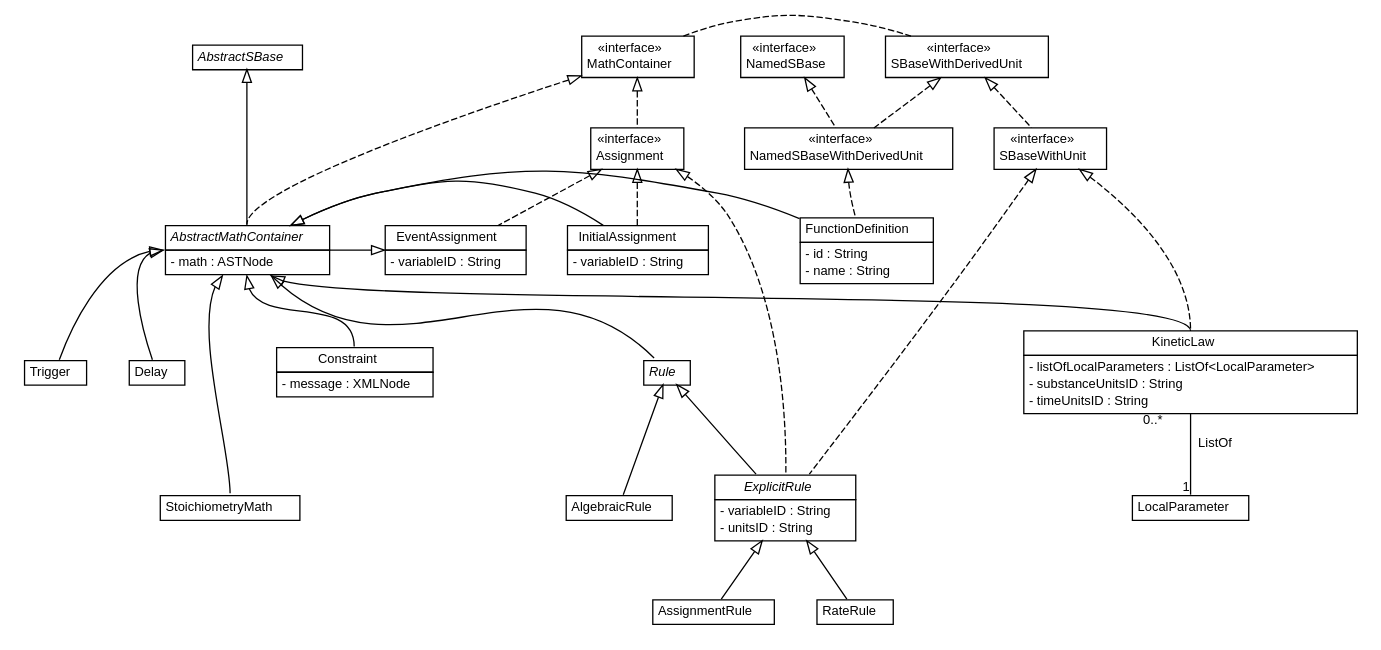
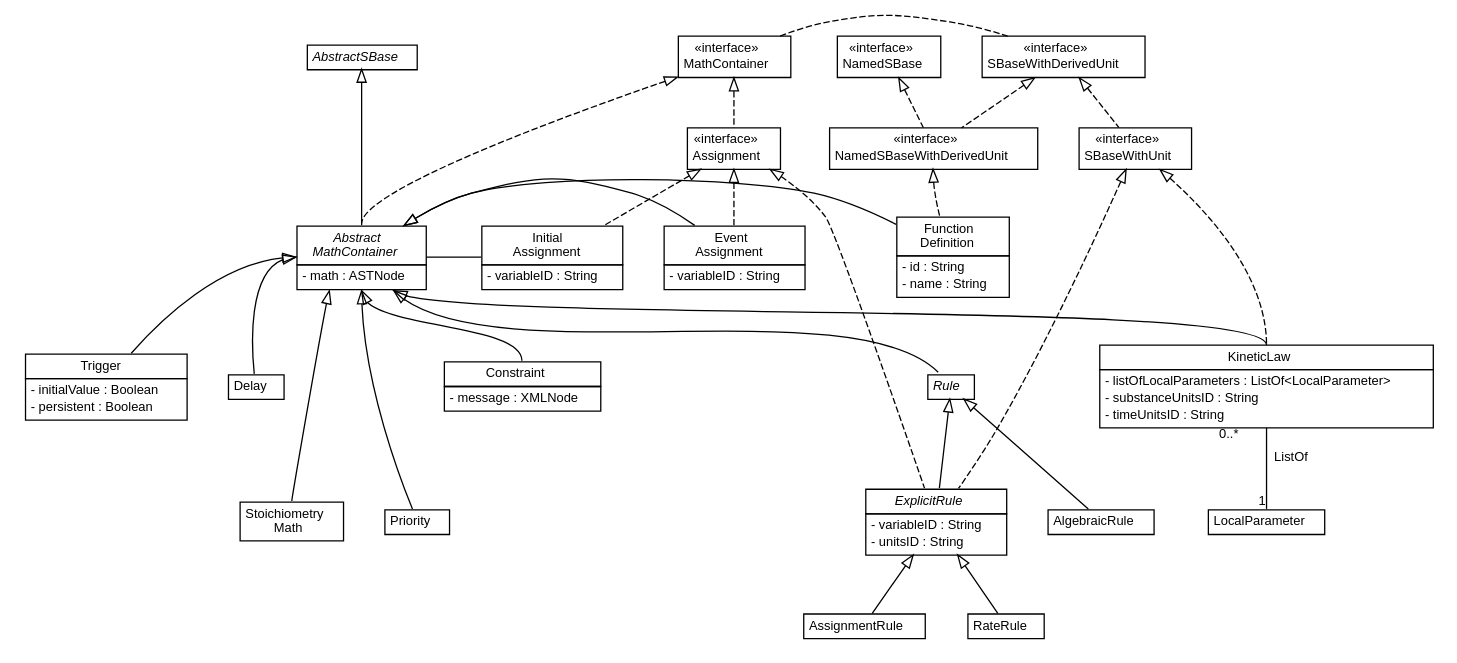
The diagram in doc/img/MathContainer.dot (sbmlteam/jsbml), drawn with Graphviz before and after one commit. The commit also changed 6 other files, not shown here.

```diff
--- a/doc/img/MathContainer.dot
+++ b/doc/img/MathContainer.dot
@@ -28,7 +28,7 @@
 	// org.sbml.jsbml.EventAssignment
 	c0 [label=<<table title="org.sbml.jsbml.EventAssignment" border="0" cellborder="1" cellspacing="0" cellpadding="2" port="p">
 		<tr><td><table border="0" cellspacing="0" cellpadding="1">
-<tr><td align="center" balign="center"> EventAssignment </td></tr>
+<tr><td align="center" balign="center"> Event<br/>Assignment </td></tr>
 		</table></td></tr>
 <tr><td><table border="0" cellspacing="0" cellpadding="1">
 <tr><td align="left" balign="left"> - variableID : String </td></tr>
@@ -61,7 +61,7 @@
 	// org.sbml.jsbml.InitialAssignment
 	c5 [height=0.1,with=0.1,label=<<table title="org.sbml.jsbml.InitialAssignment" border="0" cellborder="1" cellspacing="0" cellpadding="2" port="p">
 		<tr><td><table border="0" cellspacing="0" cellpadding="1" port="p1">
-<tr><td align="center" balign="center"> InitialAssignment </td></tr>
+<tr><td align="center" balign="center"> Initial<br/>Assignment </td></tr>
 		</table></td></tr>
 <tr><td><table border="0" cellspacing="0" cellpadding="1">
 <tr><td align="left" balign="left"> - variableID : String </td></tr>
@@ -84,14 +84,28 @@
 		</table>>, fontname="Helvetica", fontcolor="black", fontsize=10.0];
 	// org.sbml.jsbml.Trigger
 	c8 [label=<<table title="org.sbml.jsbml.Trigger" border="0" cellborder="1" cellspacing="0" cellpadding="2" port="p">
-		<tr><td><table border="0" cellspacing="0" cellpadding="1">
-<tr><td align="center" balign="center"> Trigger </td></tr>
-		</table></td></tr>
-		</table>>, fontname="Helvetica", fontcolor="black", fontsize=10.0];
+  <tr>
+    <td>
+      <table border="0" cellspacing="0" cellpadding="1">
+        <tr>
+          <td align="center" balign="center"> Trigger </td>
+        </tr>
+      </table>
+    </td>
+  </tr>
+  <tr>
+    <td>
+      <table border="0" cellspacing="0" cellpadding="1">
+        <tr><td align="left" balign="left"> - initialValue : Boolean </td></tr>
+        <tr><td align="left" balign="left"> - persistent : Boolean </td></tr>
+      </table>
+    </td>
+  </tr>
+</table>>, fontname="Helvetica", fontcolor="black", fontsize=10.0];
 	// org.sbml.jsbml.StoichiometryMath
 	c9 [height=0.1,label=<<table title="org.sbml.jsbml.StoichiometryMath" border="0" cellborder="1" cellspacing="0" cellpadding="2" port="p">
 		<tr><td><table border="0" cellspacing="0" cellpadding="1">
-<tr><td align="center" balign="center"> StoichiometryMath </td></tr>
+<tr><td align="center" balign="center"> Stoichiometry<br/>Math </td></tr>
 		</table></td></tr>
 		</table>>, fontname="Helvetica", fontcolor="black", fontsize=10.0];
 // 	// org.sbml.jsbml.ListOf<T extends SBase>
@@ -110,7 +124,7 @@
 	// org.sbml.jsbml.AbstractMathContainer
 	c12 [height=0.1,margin=0,label=<<table title="org.sbml.jsbml.AbstractMathContainer" border="0" cellborder="1" cellspacing="0" cellpadding="2" port="p">
 		<tr><td><table border="0" cellspacing="0" cellpadding="1">
-<tr><td align="center" balign="center"><font face="Helvetica-Oblique"> AbstractMathContainer </font></td></tr>
+<tr><td align="center" balign="center"><font face="Helvetica-Oblique"> Abstract<br/>MathContainer </font></td></tr>
 </table></td></tr>
 		<tr><td><table border="0" cellspacing="0" cellpadding="1">
 <!--<tr><td align="left" balign="left"> - formula : String </td></tr>-->
@@ -144,7 +158,7 @@
 	// org.sbml.jsbml.FunctionDefinition
 	c17 [height=0.1,label=<<table title="org.sbml.jsbml.FunctionDefinition" border="0" cellborder="1" cellspacing="0" cellpadding="2" port="p">
 		<tr><td><table border="0" cellspacing="0" cellpadding="1">
-<tr><td align="center" balign="center"> FunctionDefinition </td></tr>
+<tr><td align="center" balign="center"> Function<br/>Definition </td></tr>
 		</table></td></tr>
 		<tr><td><table border="0" cellspacing="0" cellpadding="1">
 <tr><td align="left" balign="left"> - id : String </td></tr>
@@ -160,8 +174,14 @@
 <tr><td align="left" balign="left"> - unitsID : String </td></tr>
 		</table></td></tr>
 		</table>>, fontname="Helvetica", fontcolor="black", fontsize=10.0];
+	// org.sbml.jsbml.Priority
+	c45 [label=<<table title="org.sbml.jsbml.Priority" border="0" cellborder="1" cellspacing="0" cellpadding="2" port="p">
+		<tr><td><table border="0" cellspacing="0" cellpadding="1">
+<tr><td align="center" balign="center"> Priority </td></tr>
+		</table></td></tr>
+		</table>>, fontname="Helvetica", fontcolor="black", fontsize=10.0];
 	//org.sbml.jsbml.EventAssignment extends org.sbml.jsbml.AbstractMathContainer
-	c12:e -> c0:p [dir=back,arrowtail=empty];
+	c12:p -> c0:p [dir=back,arrowtail=empty];
 	//org.sbml.jsbml.Rule extends org.sbml.jsbml.AbstractMathContainer
 	c12:se -> c1:nw [dir=back,arrowtail=empty];
 	//org.sbml.jsbml.AlgebraicRule extends org.sbml.jsbml.Rule
@@ -178,6 +198,8 @@
 	c12:s -> c6:n [dir=back,arrowtail=empty];
 	//org.sbml.jsbml.Delay extends org.sbml.jsbml.AbstractMathContainer
 	c12:w -> c7:p [dir=back,arrowtail=empty];
+	//org.sbml.jsbml.Priority extends org.sbml.jsbml.AbstractMathContainer
+	c12:s -> c45:p [dir=back,arrowtail=empty];
 	//org.sbml.jsbml.Trigger extends org.sbml.jsbml.AbstractMathContainer
 	c12:w -> c8:p [dir=back,arrowtail=empty];
 	//org.sbml.jsbml.StoichiometryMath extends org.sbml.jsbml.AbstractMathContainer
@@ -265,7 +287,7 @@
 <tr><td align="center" balign="center"><font face="Helvetica-Oblique"> AbstractSBase </font></td></tr>
 </table></td></tr>
 		</table>>, fontname="Helvetica", fontcolor="black", fontsize=10.0];
-{rank="same"; c32; c9}
+{rank="same"; c32; c9; c45}
 {rank="same"; c12; c5; c0; c17}
 {rank="same"; c18; c22; c35}
 {rank="same"; c11; c33}
```
